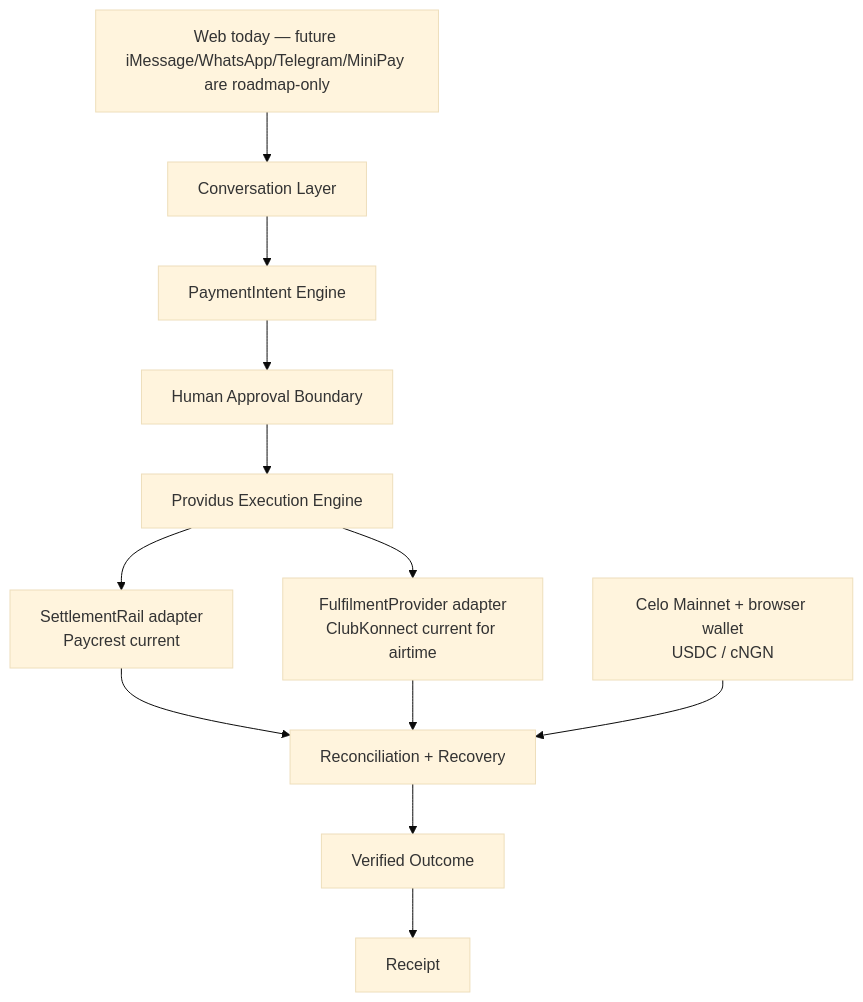
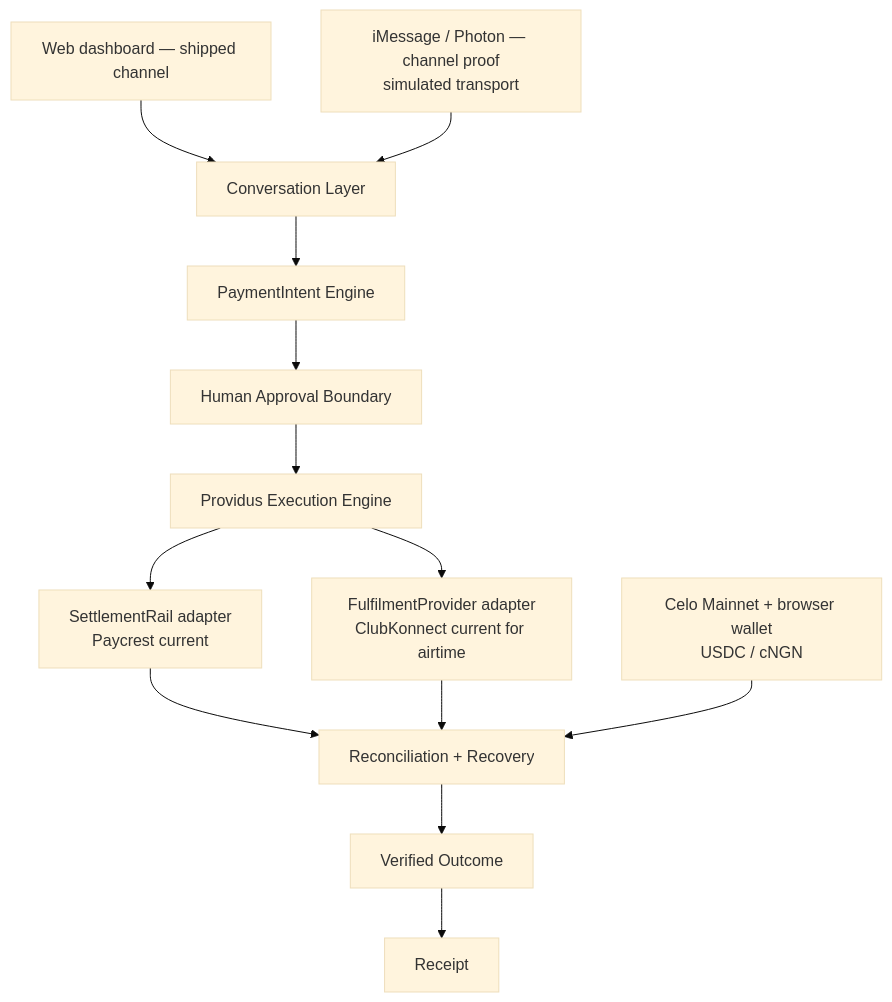
The diagram in README.md (Devendurance/useprovidus), drawn with Mermaid (base theme) before and after one commit. The commit also changed other lines of this file and 6 other files, not shown here.

Commit message:
feat: add iMessage channel proof

````diff
--- a/README.md
+++ b/README.md
@@ -154,14 +154,15 @@
 ```mermaid
 graph TD
-    Channel[Web today — future iMessage/WhatsApp/Telegram/MiniPay are roadmap-only] --> Conversation[Conversation Layer]
+    Web[Web dashboard — shipped channel] --> Conversation[Conversation Layer]
+    iMsg[iMessage / Photon — channel proof<br/>simulated transport] --> Conversation
     Conversation --> Intent[PaymentIntent Engine]
     Intent --> Approval[Human Approval Boundary]
     Approval --> Execution[Providus Execution Engine]
     Execution --> Settlement[SettlementRail adapter<br/>Paycrest current]
     Execution --> Fulfilment[FulfilmentProvider adapter<br/>ClubKonnect current for airtime]
     Settlement --> Reconcile[Reconciliation + Recovery]
     Fulfilment --> Reconcile
     Celo[Celo Mainnet + browser wallet<br/>USDC / cNGN] --> Reconcile
     Reconcile --> Outcome[Verified Outcome]
     Outcome --> Receipt[Receipt]
 ```
````
